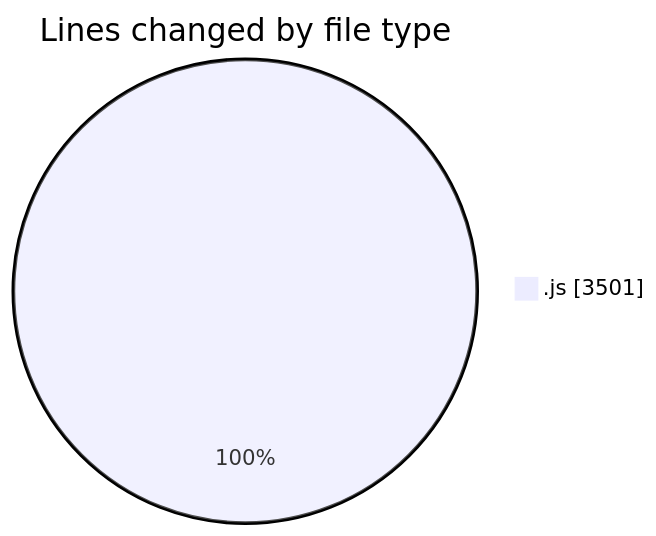
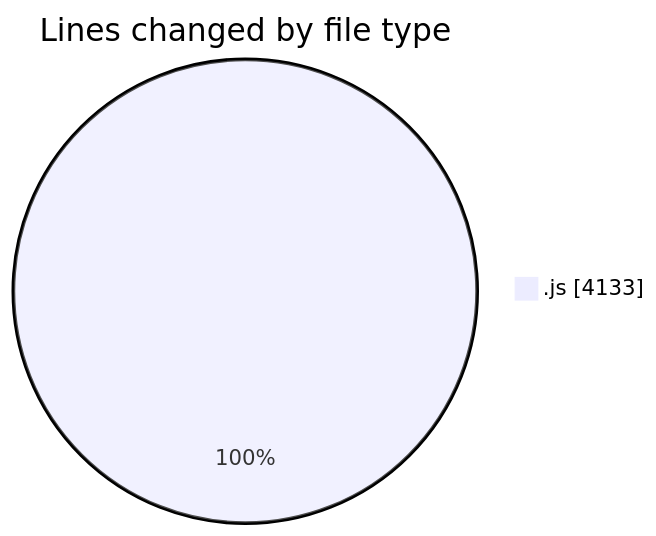
One commit to nxtqubesakshisongat/code-tracking changed the first of 2 diagrams in 2025-08-11/nxtqube_webapp/README.md. Above: the diagram before and after it, drawn with Mermaid. The commit also changed other lines of this file and 1 other file, not shown here.

````diff
--- a/2025-08-11/nxtqube_webapp/README.md
+++ b/2025-08-11/nxtqube_webapp/README.md
@@ -21,5 +21,5 @@
 ```mermaid
 pie showData
 title Lines changed by file type
-".js" : 3501
+".js" : 4133
 ```
````
